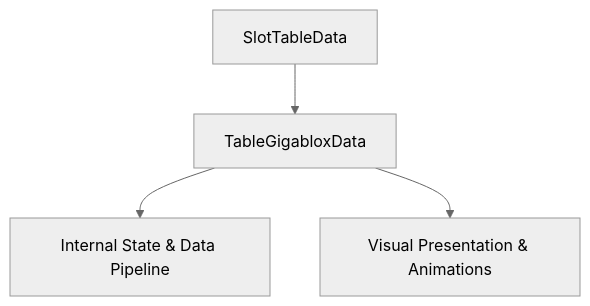
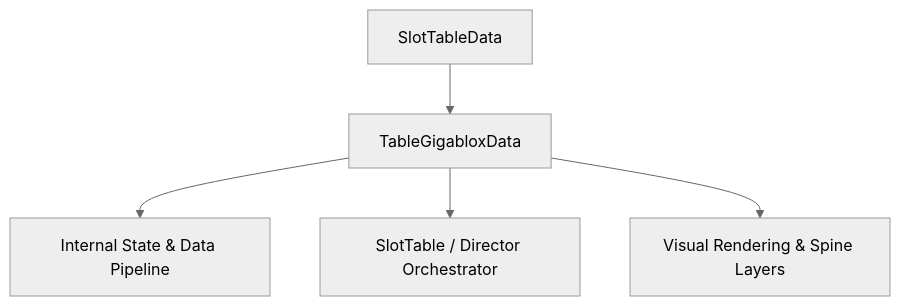
The diagram in docs/cc_slot_mechanics/modules/TableGigabloxData/01_overview/01_architecture_and_role.md (lam-ark/mcp-fwcc), drawn with Mermaid (neutral theme) before and after one commit. The commit also changed other lines of this file and 2509 other files, not shown here.

````diff
--- a/docs/cc_slot_mechanics/modules/TableGigabloxData/01_overview/01_architecture_and_role.md
+++ b/docs/cc_slot_mechanics/modules/TableGigabloxData/01_overview/01_architecture_and_role.md
@@ -18,6 +24,7 @@
 ```mermaid
 graph TD
-    Parent[SlotTableData] --> Mod[TableGigabloxData]
-    Mod --> State[Internal State & Data Pipeline]
-    Mod --> Render[Visual Presentation & Animations]
+    SuperClass[SlotTableData] --> TargetClass[TableGigabloxData]
+    TargetClass --> DataPipeline[Internal State & Data Pipeline]
+    TargetClass --> Orchestrator[SlotTable / Director Orchestrator]
+    TargetClass --> ViewLayer[Visual Rendering & Spine Layers]
 ```
````
